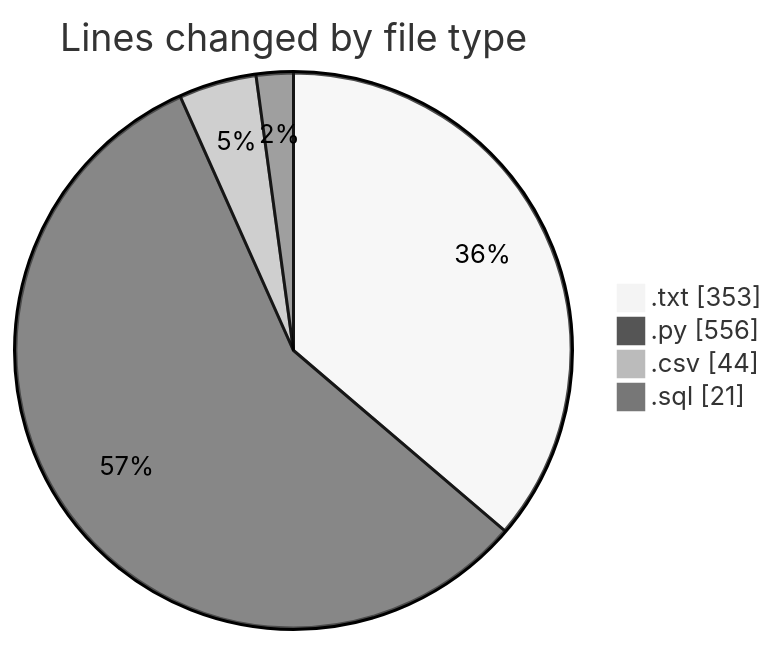
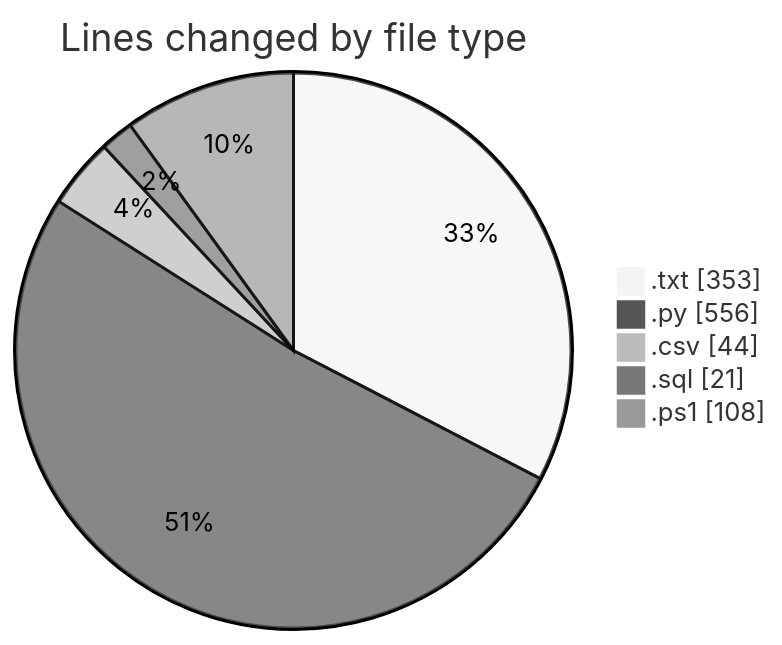
One commit to lephambinh05/code-tracking changed the first of 2 diagrams in 2025-09-10/data/README.md. Above: the diagram before and after it, drawn with Mermaid (neutral theme). The commit also changed other lines of this file and 1 other file, not shown here.

````diff
--- a/2025-09-10/data/README.md
+++ b/2025-09-10/data/README.md
@@ -29,8 +30,9 @@
 ```mermaid
 pie showData
 title Lines changed by file type
 ".txt" : 353
 ".py" : 556
 ".csv" : 44
 ".sql" : 21
+".ps1" : 108
 ```
````
